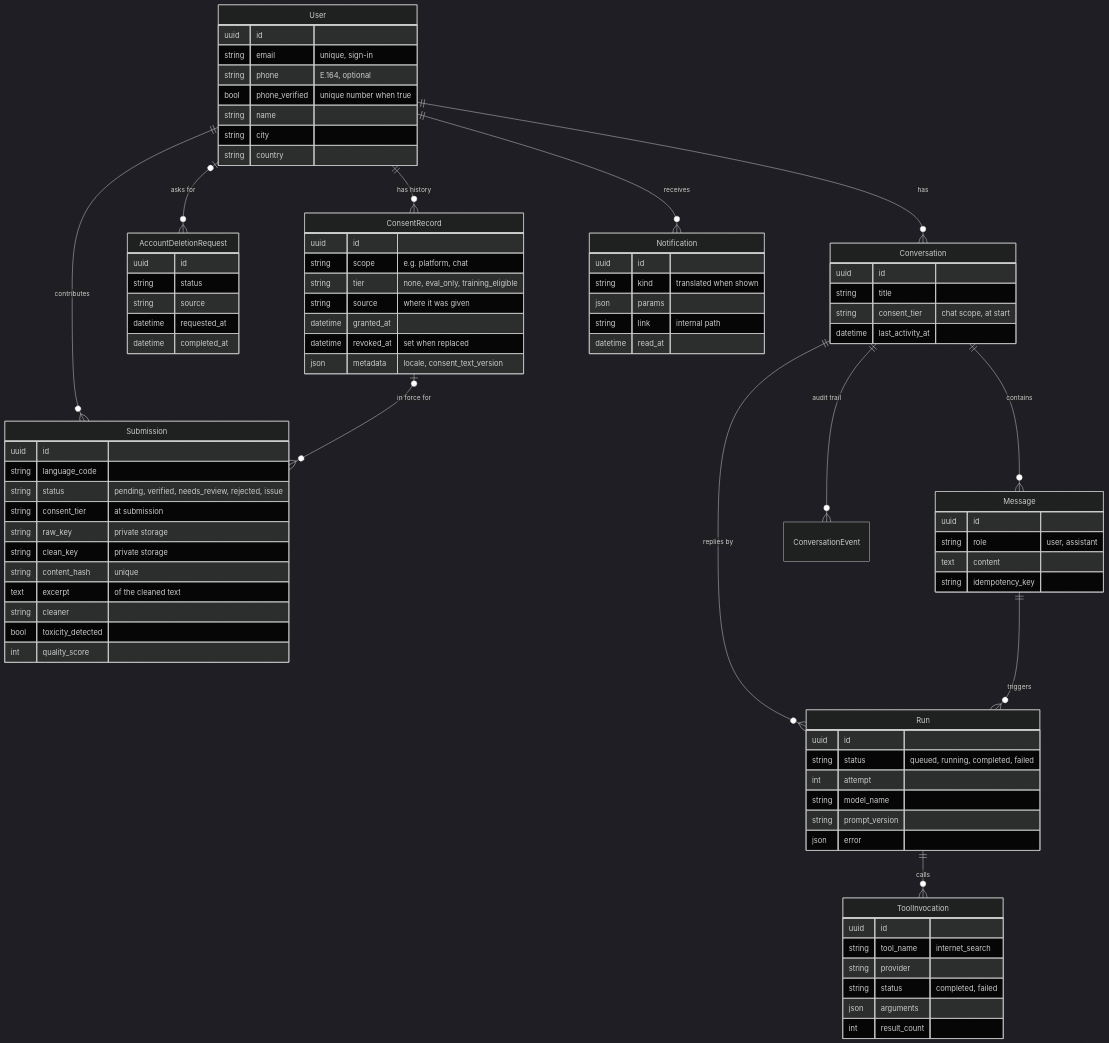
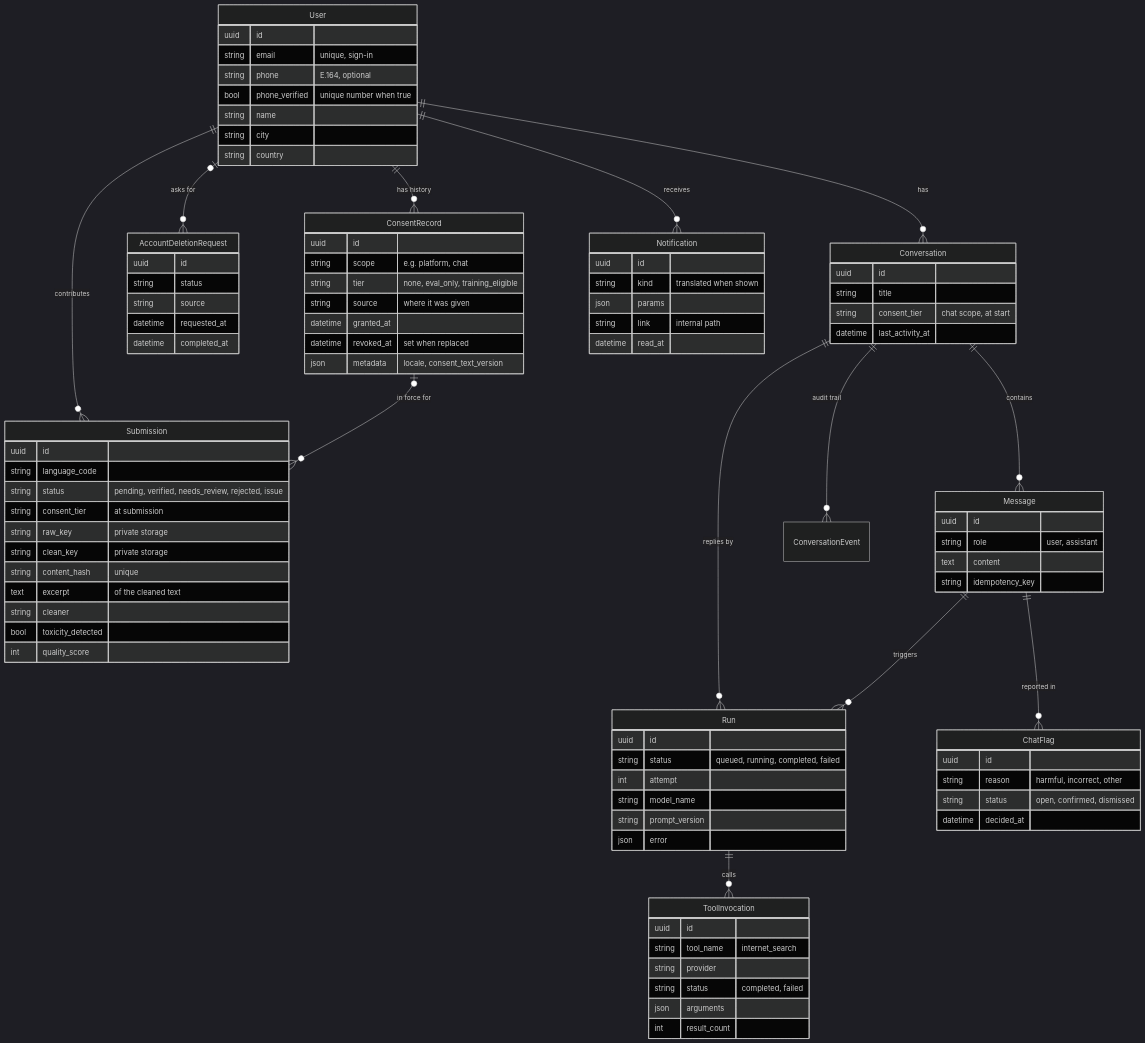
Before and after one commit to Bahasa-Ibu/baibu-community: the second of 2 diagrams in docs/developer/architecture.md, drawn with Mermaid (dark theme). The commit also changed other lines of this file and 36 other files, not shown here.

```diff
--- a/docs/developer/architecture.md
+++ b/docs/developer/architecture.md
@@ -93,6 +94,7 @@
     Message ||--o{ Run : triggers
     Conversation ||--o{ ConversationEvent : "audit trail"
     Run ||--o{ ToolInvocation : calls
+    Message ||--o{ ChatFlag : "reported in"
     Conversation {
         uuid id
         string title
@@ -112,6 +114,12 @@
         string model_name
         string prompt_version
         json error
+    }
+    ChatFlag {
+        uuid id
+        string reason "harmful, incorrect, other"
+        string status "open, confirmed, dismissed"
+        datetime decided_at
     }
     ToolInvocation {
         uuid id
```
